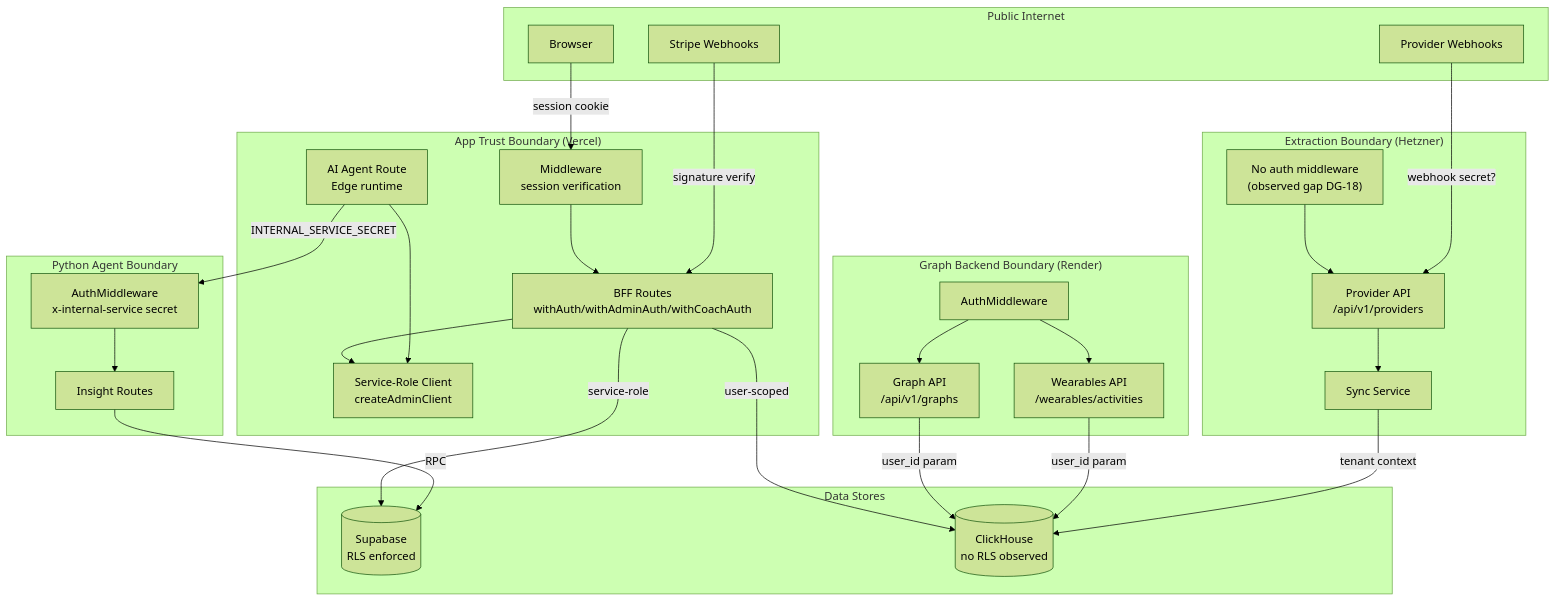
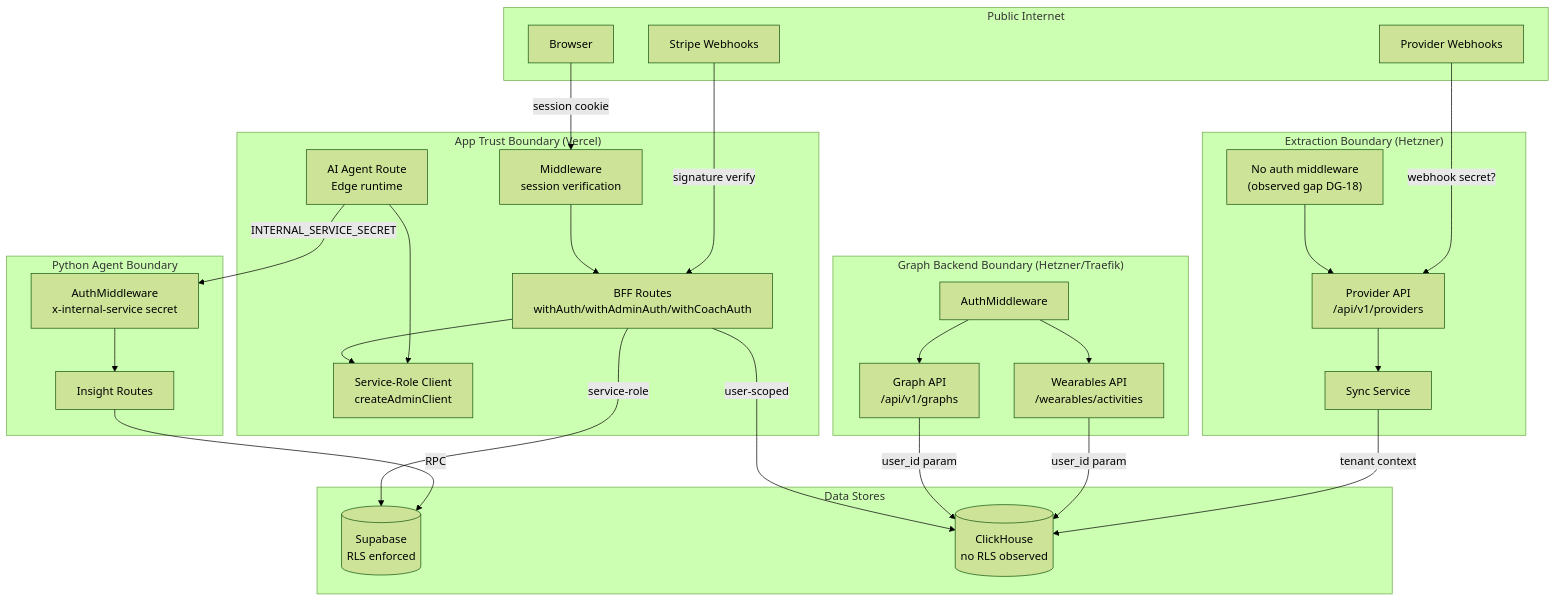
The diagram in docs/security/threat-model.md (daniellpsilva1/PeakPerformanceDataMonorepo), drawn with Mermaid (forest theme) before and after one commit. The commit also changed 12 other files, not shown here.

````diff
--- a/docs/security/threat-model.md
+++ b/docs/security/threat-model.md
@@ -22,58 +22,58 @@
 ```mermaid
 flowchart TB
     subgraph Public["Public Internet"]
         Browser[Browser]
         StripeWebhook[Stripe Webhooks]
         ProviderWebhook[Provider Webhooks]
     end
 
     subgraph AppBoundary["App Trust Boundary (Vercel)"]
         Middleware[Middleware\nsession verification]
         BFF[BFF Routes\nwithAuth/withAdminAuth/withCoachAuth]
         AirRoute[AI Agent Route\nEdge runtime]
         AdminClient[Service-Role Client\ncreateAdminClient]
         Middleware --> BFF
         BFF --> AdminClient
         AirRoute --> AdminClient
     end
 
-    subgraph BackendBoundary["Graph Backend Boundary (Render)"]
+    subgraph BackendBoundary["Graph Backend Boundary (Hetzner/Traefik)"]
         GraphAuth[AuthMiddleware]
         GraphAPI[Graph API\n/api/v1/graphs]
         WearablesAPI[Wearables API\n/wearables/activities]
         GraphAuth --> GraphAPI
         GraphAuth --> WearablesAPI
     end
 
     subgraph ExtractionBoundary["Extraction Boundary (Hetzner)"]
         ExtAPI[Provider API\n/api/v1/providers]
         NoAuth["No auth middleware\n(observed gap DG-18)"]
         Sync[Sync Service]
         NoAuth --> ExtAPI
         ExtAPI --> Sync
     end
 
     subgraph AgentBoundary["Python Agent Boundary"]
         AgentAuth[AuthMiddleware\nx-internal-service secret]
         AgentAPI[Insight Routes]
         AgentAuth --> AgentAPI
     end
 
     subgraph DataBoundary["Data Stores"]
         Supabase[(Supabase\nRLS enforced)]
         ClickHouse[(ClickHouse\nno RLS observed)]
     end
 
     Browser -->|session cookie| Middleware
     StripeWebhook -->|signature verify| BFF
     ProviderWebhook -->|webhook secret?| ExtAPI
 
     BFF -->|service-role| Supabase
     BFF -->|user-scoped| ClickHouse
     GraphAPI -->|user_id param| ClickHouse
     WearablesAPI -->|user_id param| ClickHouse
     Sync -->|tenant context| ClickHouse
     AgentAPI -->|RPC| Supabase
 
     AirRoute -->|INTERNAL_SERVICE_SECRET| AgentAuth
 ```
````
